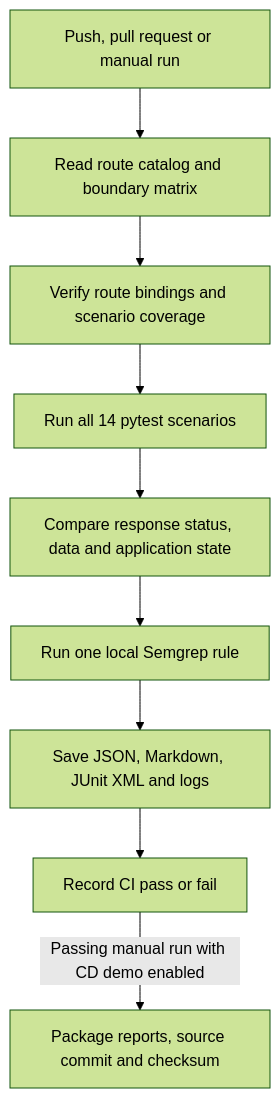
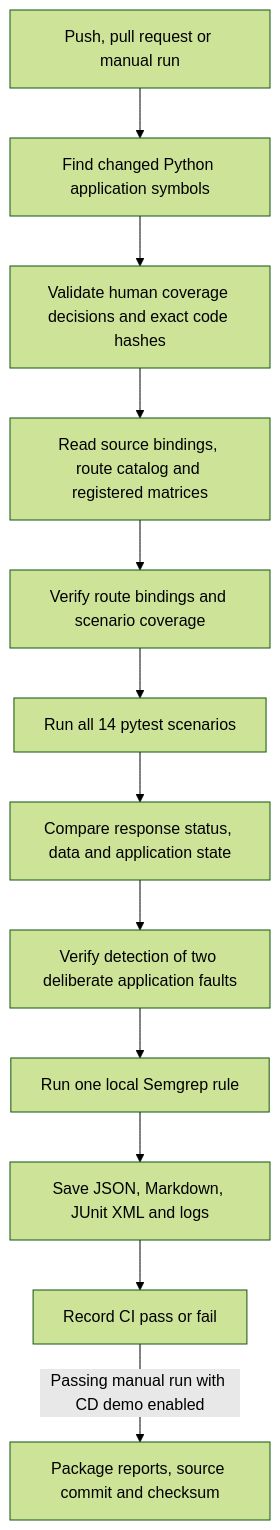
One commit to Keedz1Off/AboutMe changed the diagram in README.md. Above: the diagram before and after it, drawn with Mermaid (forest theme). The commit also changed other lines of this file, not shown here.

````diff
--- a/README.md
+++ b/README.md
@@ -19,11 +19,14 @@
 ```mermaid
 flowchart TD
-    Start["Push, pull request or manual run"] --> Catalog["Read route catalog and boundary matrix"]
+    Start["Push, pull request or manual run"] --> Changes["Find changed Python application symbols"]
+    Changes --> Review["Validate human coverage decisions and exact code hashes"]
+    Review --> Catalog["Read source bindings, route catalog and registered matrices"]
     Catalog --> Coverage["Verify route bindings and scenario coverage"]
     Coverage --> Cases["Run all 14 pytest scenarios"]
     Cases --> Oracle["Compare response status, data and application state"]
-    Oracle --> Scan["Run one local Semgrep rule"]
+    Oracle --> Calibrate["Verify detection of two deliberate application faults"]
+    Calibrate --> Scan["Run one local Semgrep rule"]
     Scan --> Reports["Save JSON, Markdown, JUnit XML and logs"]
     Reports --> Status["Record CI pass or fail"]
     Status -->|"Passing manual run with CD demo enabled"| Delivery["Package reports, source commit and checksum"]
 ```
````
